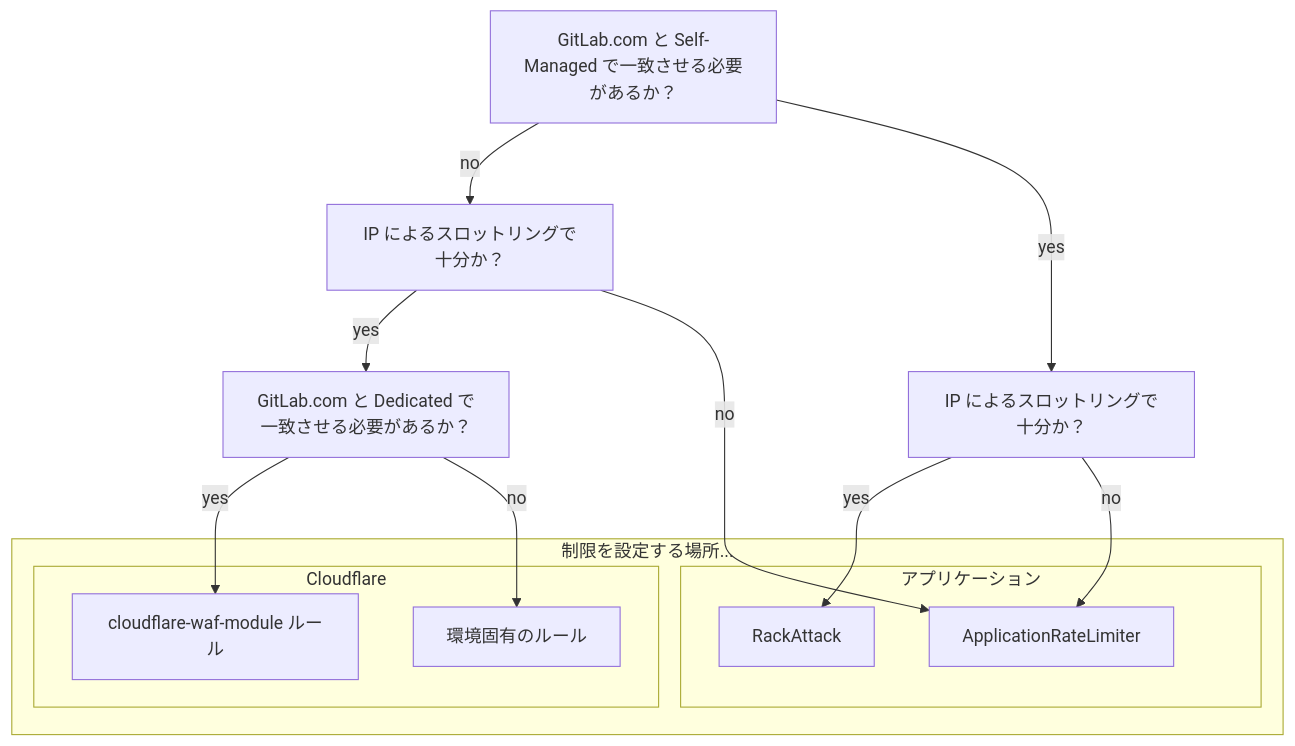
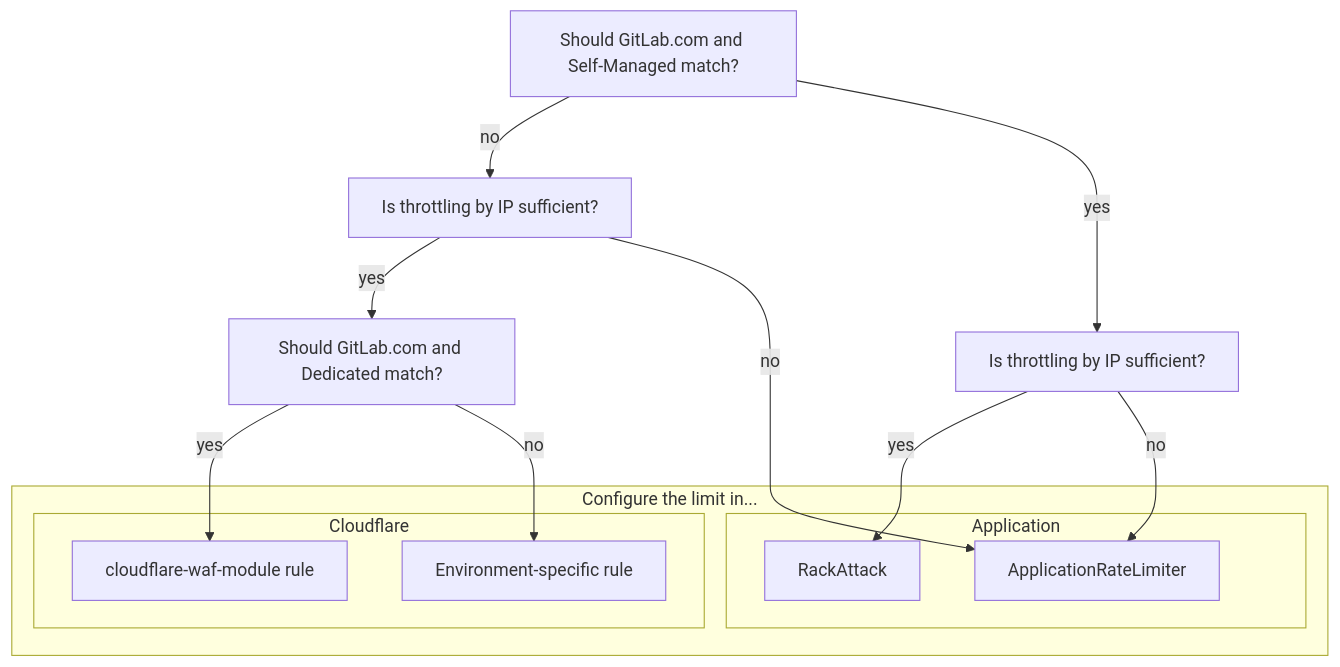
One commit to kyama0/gitlab-handbook-ja changed the diagram in content/handbook/engineering/infrastructure-platforms/rate-limiting/managing-limits.md. Above: the diagram before and after it, drawn with Mermaid. The commit also changed other lines of this file and 100 other files, not shown here.

````diff
--- a/content/handbook/engineering/infrastructure-platforms/rate-limiting/managing-limits.md
+++ b/content/handbook/engineering/infrastructure-platforms/rate-limiting/managing-limits.md
@@ -23,32 +23,32 @@
 ```mermaid
 flowchart TD
-    selfmanaged[GitLab.com と Self-Managed で一致させる必要があるか？]
+    selfmanaged[Should GitLab.com and Self-Managed match?]
 
-    ip-one[IP によるスロットリングで十分か？]
-    ip-two[IP によるスロットリングで十分か？]
+    ip-one[Is throttling by IP sufficient?]
+    ip-two[Is throttling by IP sufficient?]
 
-    dedicated[GitLab.com と Dedicated で一致させる必要があるか？]
+    dedicated[Should GitLab.com and Dedicated match?]
 
-    subgraph layer[制限を設定する場所...]
-        subgraph app[アプリケーション]
+    subgraph layer[Configure the limit in...]
+        subgraph app[Application]
             rackattack[RackAttack]
             appratelimiter[ApplicationRateLimiter]
         end
         subgraph cf[Cloudflare]
-            cwm[cloudflare-waf-module ルール]
-            env[環境固有のルール]
+            cwm[cloudflare-waf-module rule]
+            env[Environment-specific rule]
         end
     end
 
 selfmanaged -- no --> ip-one
 selfmanaged -- yes --> ip-two
 
 ip-one -- yes --> dedicated
 ip-one -- no --> appratelimiter
 
 ip-two -- yes --> rackattack
 ip-two -- no --> appratelimiter
 
 dedicated -- yes --> cwm
 dedicated -- no --> env
 ```
````
